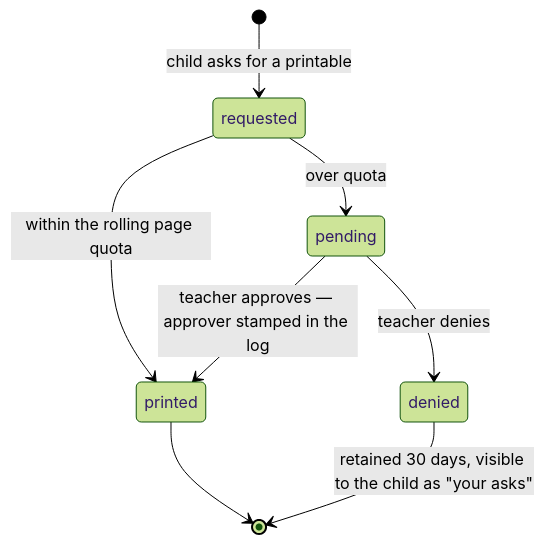
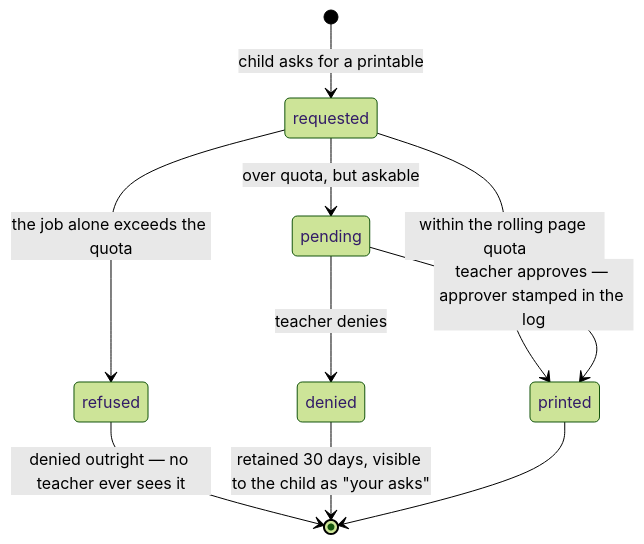
Before and after one commit to kckern/DaylightStation: the eighth of 16 diagrams in docs/reference/school/teacher.md, drawn with Mermaid (forest theme). The commit also changed other lines of this file and 14 other files, not shown here.

````diff
--- a/docs/reference/school/teacher.md
+++ b/docs/reference/school/teacher.md
@@ -524,10 +543,12 @@
 ```mermaid
 stateDiagram-v2
     [*] --> requested: child asks for a printable
     requested --> printed: within the rolling page quota
-    requested --> pending: over quota
+    requested --> refused: the job alone exceeds the quota
+    refused --> [*]: denied outright — no teacher ever sees it
+    requested --> pending: over quota, but askable
     pending --> printed: teacher approves — approver stamped in the log
     pending --> denied: teacher denies
     denied --> [*]: retained 30 days, visible to the child as "your asks"
     printed --> [*]
 ```
````
